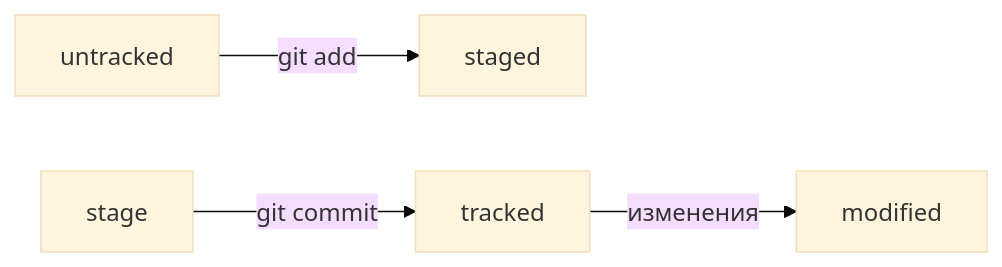
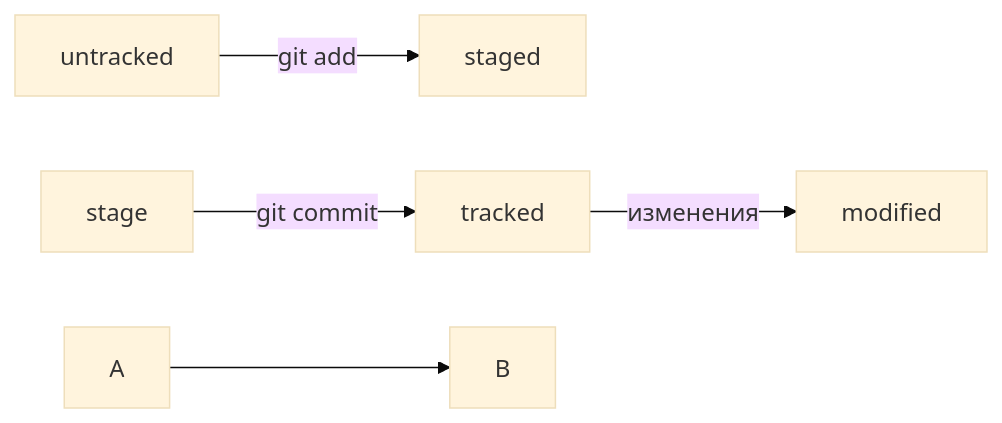
Before and after one commit to Tikhovskoy/-Git: the diagram in README.md, drawn with Mermaid (base theme). The commit also changed other lines of this file, not shown here.

Commit message:
дополнил схему

````diff
--- a/README.md
+++ b/README.md
@@ -56,8 +58,10 @@
 ```mermaid
 graph LR;
 untracked -- "git add"--> staged
 stage -- "git commit"--> tracked
 tracked -- "изменения"--> modified
-%% при любом изменении файла `tracked` он становится `modified` ,но при этом остается `tracked`.
+
+%% стрелка без текста для примера:
+A --> B;
  
 ```
````
